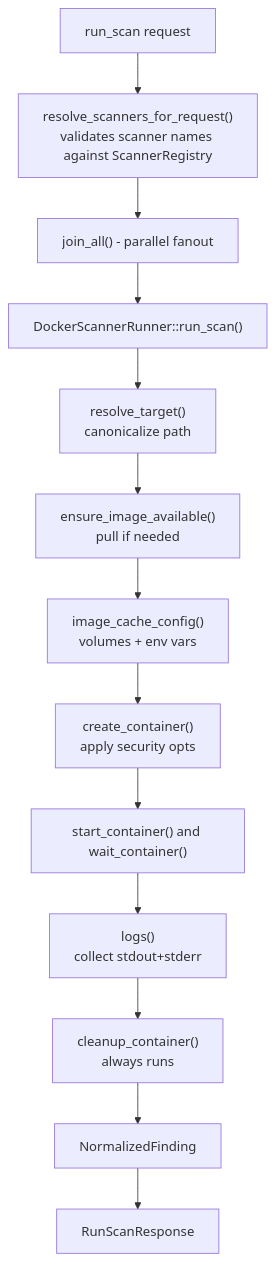
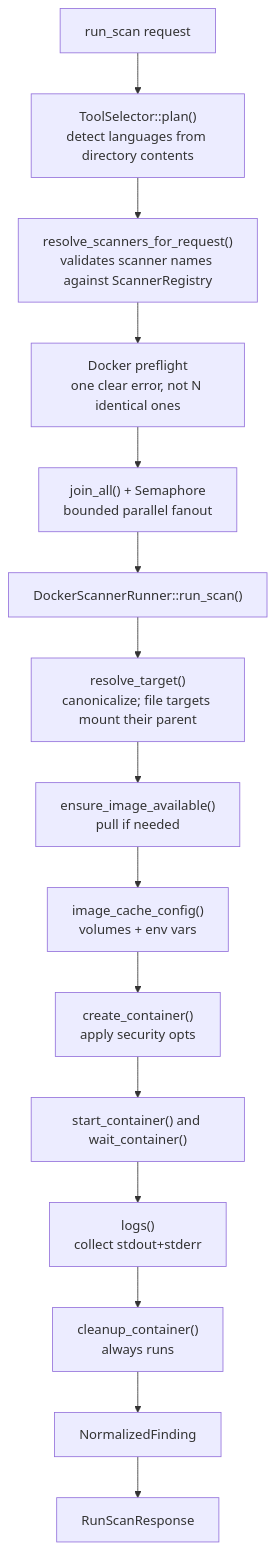
Before and after one commit to mbround18/audit-mcp: the second of 2 diagrams in docs/ARCHITECTURE.md, drawn with Mermaid. The commit also changed other lines of this file and 33 other files, not shown here.

````diff
--- a/docs/ARCHITECTURE.md
+++ b/docs/ARCHITECTURE.md
@@ -92,15 +129,17 @@
 ```mermaid
 flowchart TD
-    A["run_scan request"] --> B["resolve_scanners_for_request()<br/>validates scanner names against ScannerRegistry"]
-    B --> C["join_all() - parallel fanout"]
+    A["run_scan request"] --> A0["ToolSelector::plan()<br/>detect languages from directory contents"]
+    A0 --> B["resolve_scanners_for_request()<br/>validates scanner names against ScannerRegistry"]
+    B --> B1["Docker preflight<br/>one clear error, not N identical ones"]
+    B1 --> C["join_all() + Semaphore<br/>bounded parallel fanout"]
     C --> D["DockerScannerRunner::run_scan()"]
-    D --> D1["resolve_target()<br/>canonicalize path"]
+    D --> D1["resolve_target()<br/>canonicalize; file targets mount their parent"]
     D1 --> D2["ensure_image_available()<br/>pull if needed"]
     D2 --> D3["image_cache_config()<br/>volumes + env vars"]
     D3 --> D4["create_container()<br/>apply security opts"]
     D4 --> D5["start_container() and wait_container()"]
     D5 --> D6["logs()<br/>collect stdout+stderr"]
     D6 --> D7["cleanup_container()<br/>always runs"]
     D7 --> D8["NormalizedFinding"]
     D8 --> E["RunScanResponse"]
 ```
````
